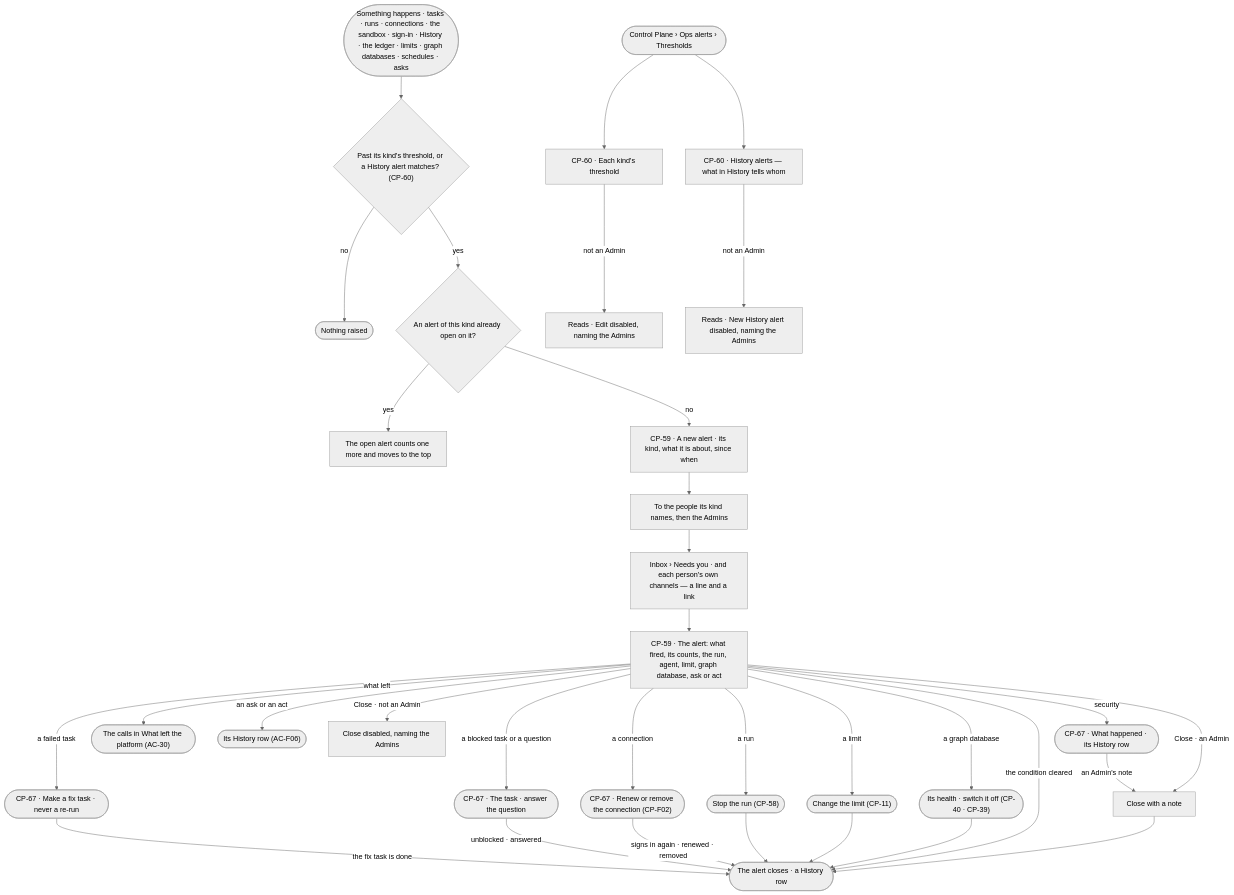
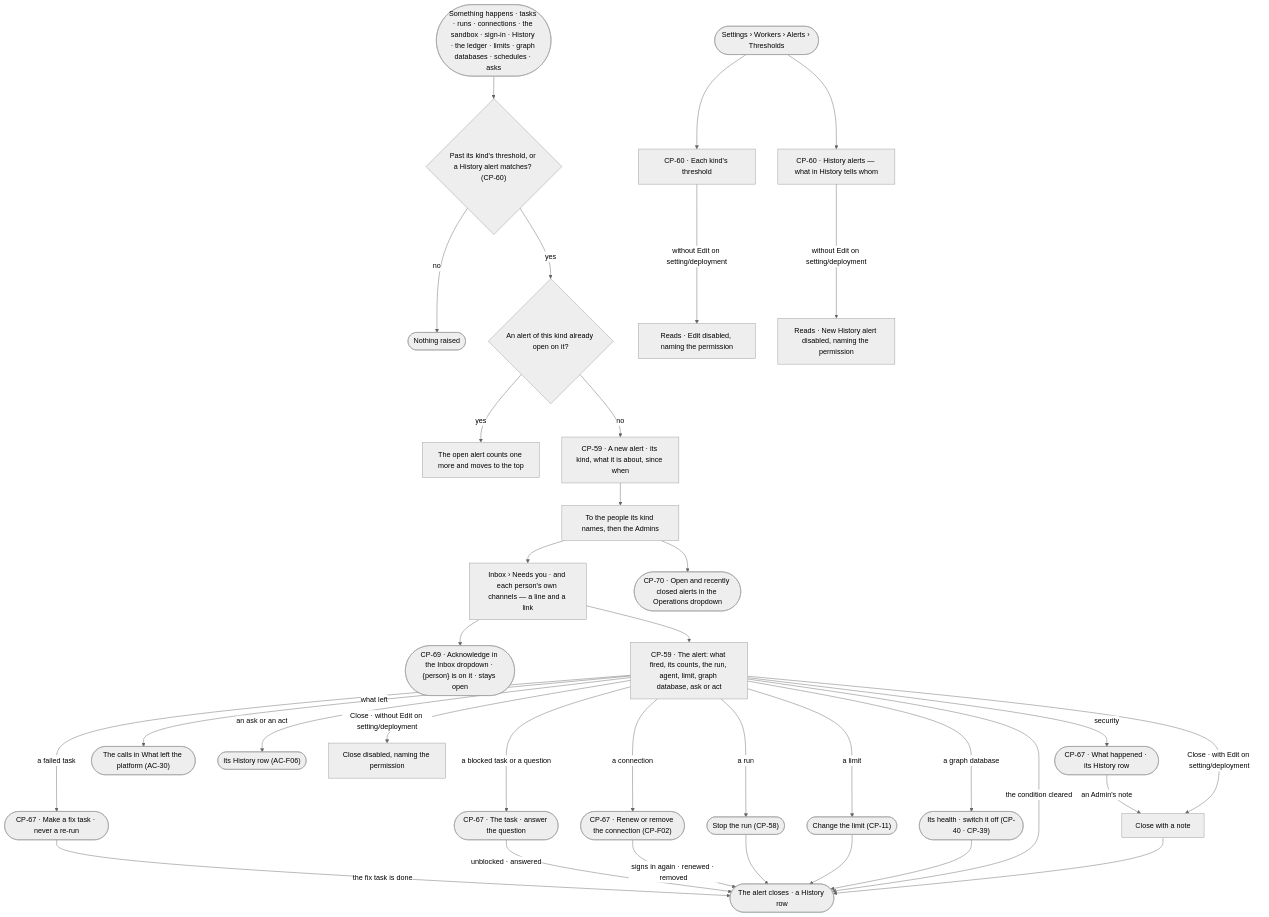
The first of 2 diagrams in specs/os/control/features/CP-F11-ops-alerting/feature.md (invana/invana), drawn with Mermaid (neutral theme) before and after one commit. The commit also changed other lines of this file and 456 other files, not shown here.

````diff
--- a/specs/os/control/features/CP-F11-ops-alerting/feature.md
+++ b/specs/os/control/features/CP-F11-ops-alerting/feature.md
@@ -29,34 +29,36 @@
 ```mermaid
 flowchart TD
   sig([Something happens · tasks · runs · connections · the sandbox · sign-in · History · the ledger · limits · graph databases · schedules · asks]) --> m{"Past its kind's threshold, or a History alert matches? (CP-60)"}
   m -->|no| q(["Nothing raised"])
   m -->|yes| open{"An alert of this kind already open on it?"}
   open -->|yes| inc["The open alert counts one more and moves to the top"]
   open -->|no| a["CP-59 · A new alert · its kind, what it is about, since when"]
   a --> rc["To the people its kind names, then the Admins"]
   rc --> ib["Inbox › Needs you · and each person's own channels — a line and a link"]
+  ib --> ack(["CP-69 · Acknowledge in the Inbox dropdown · {person} is on it · stays open"])
+  rc --> ops(["CP-70 · Open and recently closed alerts in the Operations dropdown"])
   ib --> view["CP-59 · The alert: what fired, its counts, the run, agent, limit, graph database, ask or act"]
   view -->|a run| stop(["Stop the run (CP-58)"])
   view -->|a failed task| fix(["CP-67 · Make a fix task · never a re-run"])
   view -->|a blocked task or a question| tk(["CP-67 · The task · answer the question"])
   view -->|a connection| cn(["CP-67 · Renew or remove the connection (CP-F02)"])
   view -->|security| sec(["CP-67 · What happened · its History row"])
   fix -->|the fix task is done| cl
   tk -->|unblocked · answered| cl
   cn -->|signs in again · renewed · removed| cl
   sec -->|an Admin's note| note
   view -->|a limit| lim(["Change the limit (CP-11)"])
   view -->|a graph database| gd(["Its health · switch it off (CP-40 · CP-39)"])
   view -->|what left| led(["The calls in What left the platform (AC-30)"])
   view -->|an ask or an act| hist(["Its History row (AC-F06)"])
   stop --> cl(["The alert closes · a History row"])
   lim --> cl
   gd --> cl
   view -->|the condition cleared| cl
-  view -->|Close · an Admin| note["Close with a note"] --> cl
-  view -->|Close · not an Admin| nc["Close disabled, naming the Admins"]
-  set([Control Plane › Ops alerts › Thresholds]) --> t["CP-60 · Each kind's threshold"]
-  t -->|not an Admin| ro["Reads · Edit disabled, naming the Admins"]
+  view -->|Close · with Edit on setting/deployment| note["Close with a note"] --> cl
+  view -->|Close · without Edit on setting/deployment| nc["Close disabled, naming the permission"]
+  set([Settings › Workers › Alerts › Thresholds]) --> t["CP-60 · Each kind's threshold"]
+  t -->|without Edit on setting/deployment| ro["Reads · Edit disabled, naming the permission"]
   set --> ha["CP-60 · History alerts — what in History tells whom"]
-  ha -->|not an Admin| hro["Reads · New History alert disabled, naming the Admins"]
+  ha -->|without Edit on setting/deployment| hro["Reads · New History alert disabled, naming the permission"]
 ```
````
